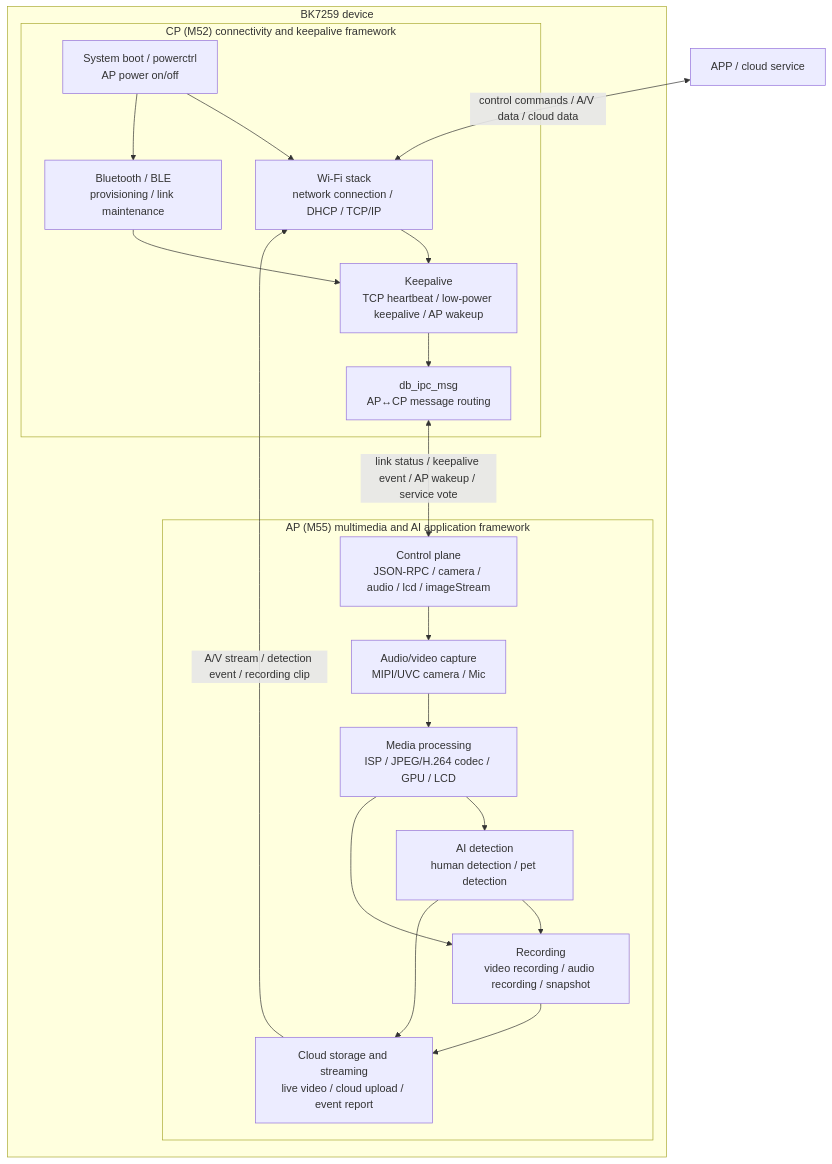
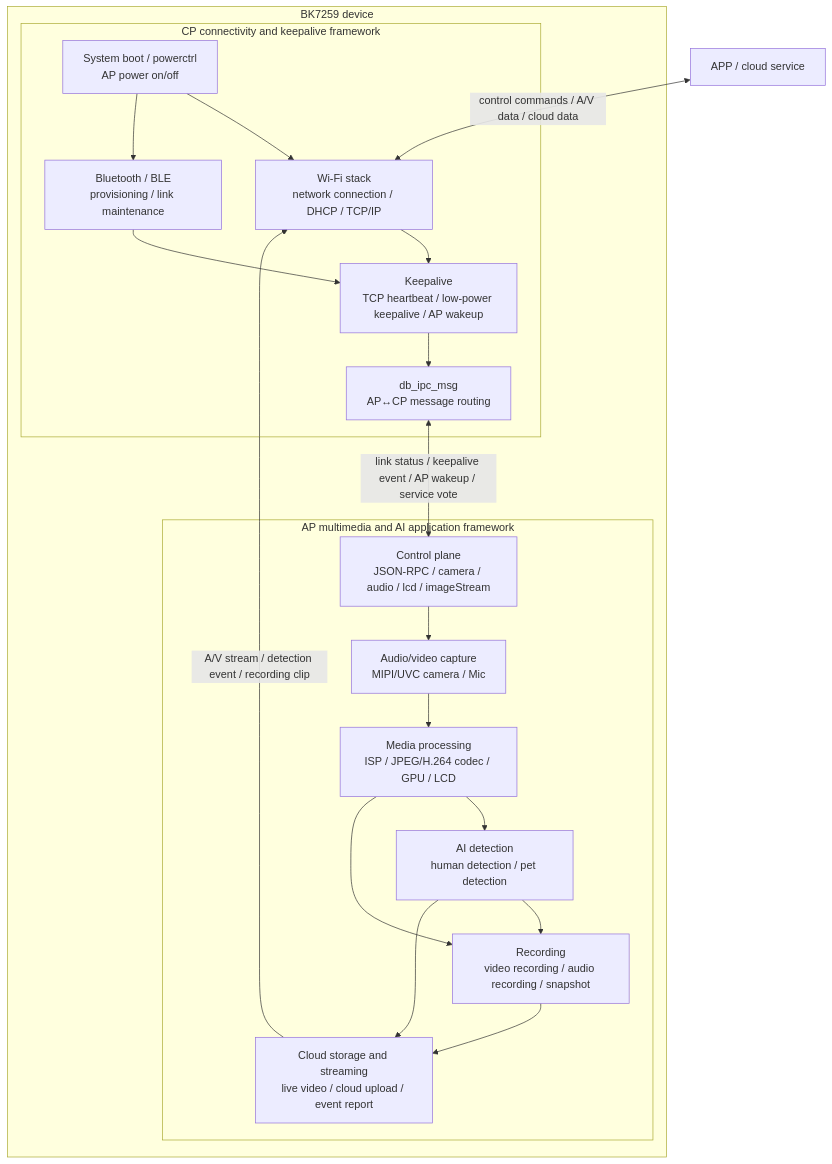
Before and after one commit to bekencorp/bk_solution_doorbell: the diagram in projects/video_intercom/README.md, drawn with Mermaid. The commit also changed other lines of this file and 1 other file, not shown here.

Commit message:
[CI] [101603]  <multimedia> <perf> improve video_intercom project

````diff
--- a/projects/video_intercom/README.md
+++ b/projects/video_intercom/README.md
@@ -134,37 +136,37 @@
 ```mermaid
 flowchart TB
     subgraph DEV["BK7259 device"]
-        subgraph CP["CP (M52) connectivity and keepalive framework"]
+        subgraph CP["CP connectivity and keepalive framework"]
             CP_BOOT["System boot / powerctrl\nAP power on/off"]
             CP_NET["Wi-Fi stack\nnetwork connection / DHCP / TCP/IP"]
             CP_BT["Bluetooth / BLE\nprovisioning / link maintenance"]
             CP_KEEP["Keepalive\nTCP heartbeat / low-power keepalive / AP wakeup"]
             CP_IPC["db_ipc_msg\nAP↔CP message routing"]
             CP_BOOT --> CP_NET
             CP_BOOT --> CP_BT
             CP_NET --> CP_KEEP
             CP_BT --> CP_KEEP
             CP_KEEP --> CP_IPC
         end
 
-        subgraph AP["AP (M55) multimedia and AI application framework"]
+        subgraph AP["AP multimedia and AI application framework"]
             AP_CTRL["Control plane\nJSON-RPC / camera / audio / lcd / imageStream"]
             AP_CAP["Audio/video capture\nMIPI/UVC camera / Mic"]
             AP_MEDIA["Media processing\nISP / JPEG/H.264 codec / GPU / LCD"]
             AP_AI["AI detection\nhuman detection / pet detection"]
             AP_REC["Recording\nvideo recording / audio recording / snapshot"]
             AP_STREAM["Cloud storage and streaming\nlive video / cloud upload / event report"]
             AP_CTRL --> AP_CAP
             AP_CAP --> AP_MEDIA
             AP_MEDIA --> AP_AI
             AP_MEDIA --> AP_REC
             AP_AI --> AP_REC
             AP_AI --> AP_STREAM
             AP_REC --> AP_STREAM
         end
     end
 
     APP["APP / cloud service"] <-->|control commands / A/V data / cloud data| CP_NET
     CP_IPC <-->|link status / keepalive event / AP wakeup / service vote| AP_CTRL
     AP_STREAM -->|A/V stream / detection event / recording clip| CP_NET
 ```
````
